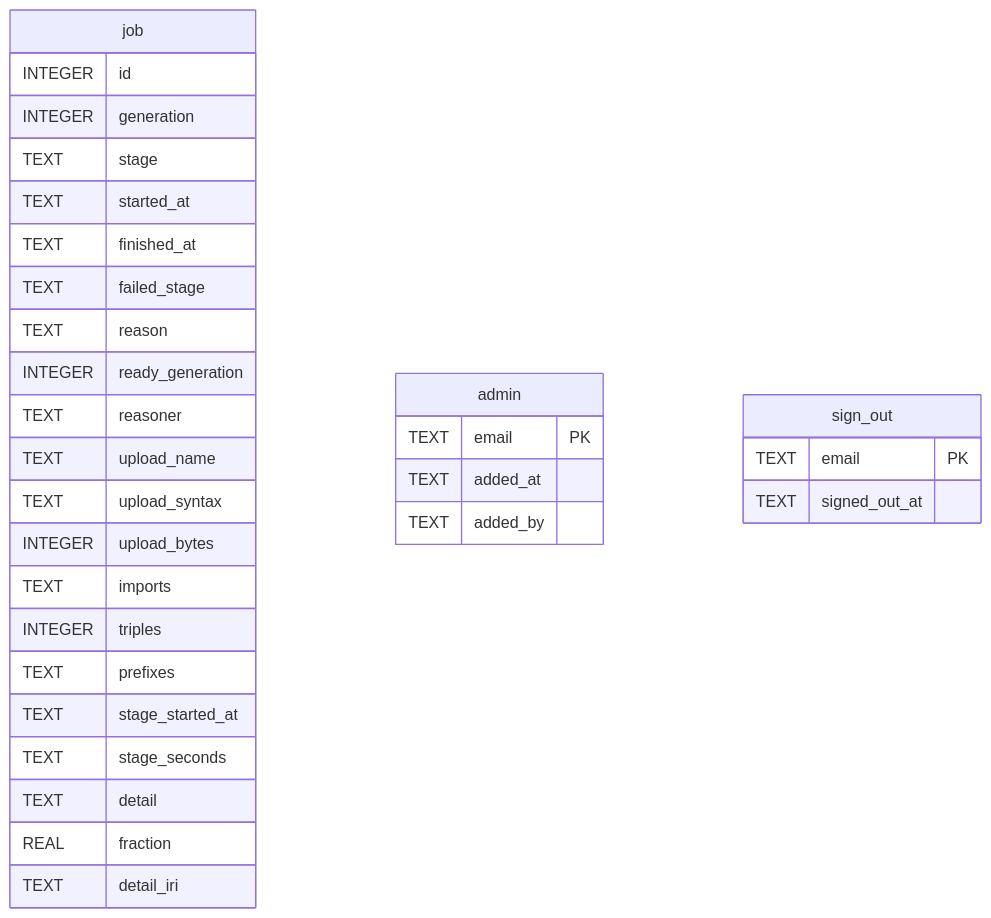
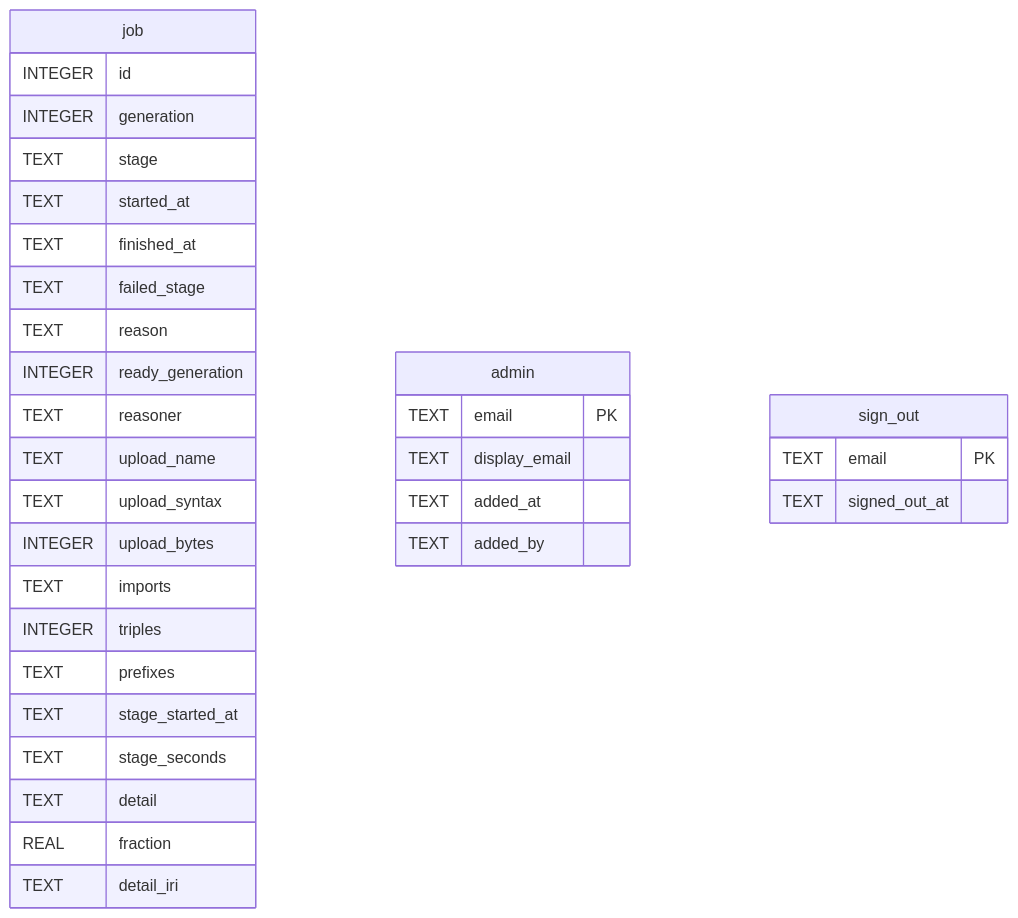
The diagram in docs/schema/state/README.md (jclerman/browl), drawn with Mermaid before and after one commit. The commit also changed other lines of this file and 14 other files, not shown here.

````diff
--- a/docs/schema/state/README.md
+++ b/docs/schema/state/README.md
@@ -20,36 +20,37 @@
 ```mermaid
 erDiagram
 
 
 "job" {
   INTEGER id
   INTEGER generation
   TEXT stage
   TEXT started_at
   TEXT finished_at
   TEXT failed_stage
   TEXT reason
   INTEGER ready_generation
   TEXT reasoner
   TEXT upload_name
   TEXT upload_syntax
   INTEGER upload_bytes
   TEXT imports
   INTEGER triples
   TEXT prefixes
   TEXT stage_started_at
   TEXT stage_seconds
   TEXT detail
   REAL fraction
   TEXT detail_iri
 }
 "admin" {
   TEXT email PK
+  TEXT display_email
   TEXT added_at
   TEXT added_by
 }
 "sign_out" {
   TEXT email PK
   TEXT signed_out_at
 }
 ```
````
